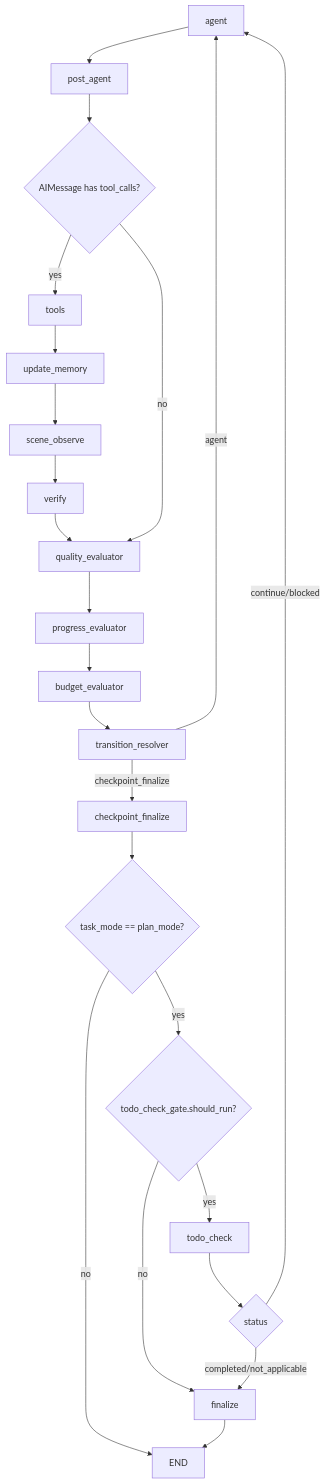
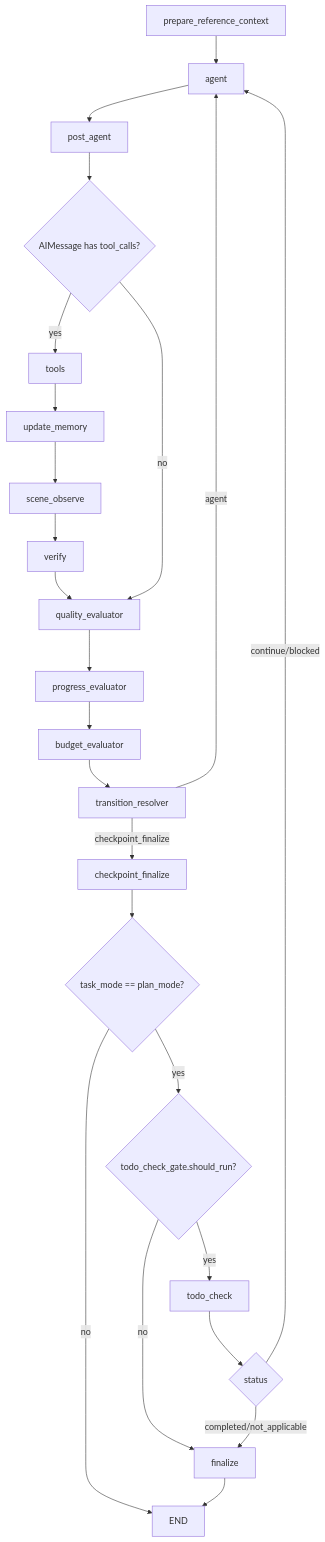
One commit to 3DSceneAgent/Vibe3DScene changed the third of 5 diagrams in docs/architecture/current-agent-workflow.md. Above: the diagram before and after it, drawn with Mermaid. The commit also changed other lines of this file and 45 other files, not shown here.

````diff
--- a/docs/architecture/current-agent-workflow.md
+++ b/docs/architecture/current-agent-workflow.md
@@ -87,31 +89,32 @@
 ```mermaid
 flowchart TD
-    A["agent"] --> B["post_agent"]
-    B --> C{"AIMessage has tool_calls?"}
+    A["prepare_reference_context"] --> B["agent"]
+    B --> C["post_agent"]
+    C --> D{"AIMessage has tool_calls?"}
 
-    C -->|yes| D["tools"]
-    D --> E["update_memory"]
-    E --> F["scene_observe"]
-    F --> G["verify"]
-    G --> H["quality_evaluator"]
+    D -->|yes| E["tools"]
+    E --> F["update_memory"]
+    F --> G["scene_observe"]
+    G --> H["verify"]
+    H --> I["quality_evaluator"]
 
-    C -->|no| H
+    D -->|no| I
 
-    H --> I["progress_evaluator"]
-    I --> J["budget_evaluator"]
-    J --> K["transition_resolver"]
+    I --> J["progress_evaluator"]
+    J --> K["budget_evaluator"]
+    K --> L["transition_resolver"]
 
-    K -->|agent| A
-    K -->|checkpoint_finalize| L["checkpoint_finalize"]
+    L -->|agent| B
+    L -->|checkpoint_finalize| M["checkpoint_finalize"]
 
-    L --> M{"task_mode == plan_mode?"}
-    M -->|no| Q["END"]
-    M -->|yes| N{"todo_check_gate.should_run?"}
-    N -->|yes| O["todo_check"]
-    N -->|no| P["finalize"]
+    M --> N{"task_mode == plan_mode?"}
+    N -->|no| R["END"]
+    N -->|yes| O{"todo_check_gate.should_run?"}
+    O -->|yes| P["todo_check"]
+    O -->|no| Q["finalize"]
 
-    O --> R{"status"}
-    R -->|completed/not_applicable| P
-    R -->|continue/blocked| A
-    P --> Q
+    P --> S{"status"}
+    S -->|completed/not_applicable| Q
+    S -->|continue/blocked| B
+    Q --> R
 ```
````
